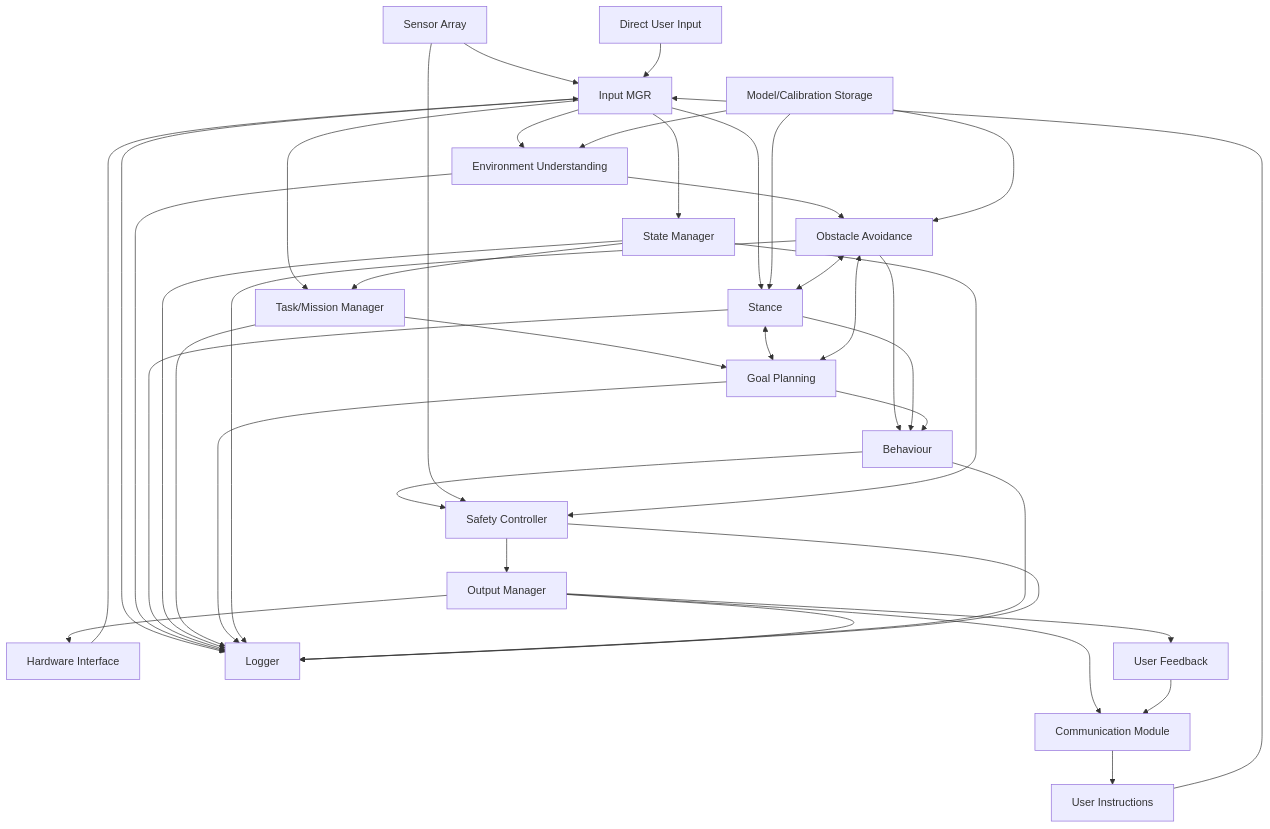
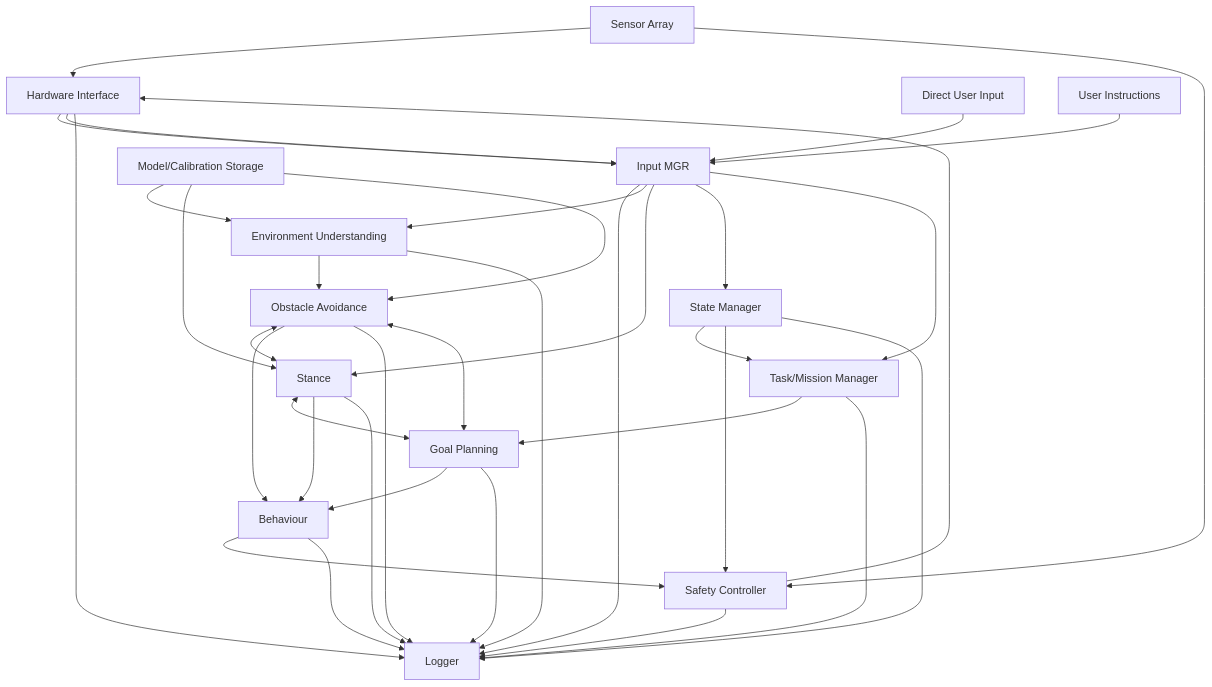
One commit to johnhalz/rover-embassy changed the diagram in docs/architecture.md. Above: the diagram before and after it, drawn with Mermaid. The commit also changed other lines of this file and 7 other files, not shown here.

First line of the commit message:
Refactor system architecture and module interactions

````diff
--- a/docs/architecture.md
+++ b/docs/architecture.md
@@ -9,43 +9,39 @@
 ```mermaid
 graph TD
 
-    SA[Sensor Array] --> IM[Input MGR]
+    SA[Sensor Array] --> HI[Hardware Interface]
+    HI --> IM[Input MGR]
     DUI[Direct User Input] --> IM
     UI[User Instructions] --> IM
-    HI[Hardware Interface] --> IM
+    HI --> IM
     IM --> L[Logger]
     IM --> EU[Environment Understanding]
     IM --> S[Stance]
     IM --> SM[State Manager]
     IM --> TMM[Task/Mission Manager]
     SM --> TMM
     TMM --> GP[Goal Planning]
     EU --> OA[Obstacle Avoidance]
     MCS[Model/Calibration Storage] --> EU
     MCS --> S
     MCS --> OA
     OA <--> S
     S <--> GP
     GP <--> OA
     OA --> B[Behaviour]
     S --> B
     GP --> B
     B --> SC[Safety Controller]
     SA --> SC
     SM --> SC
-    SC --> OM[Output Manager]
-    OM --> UF[User Feedback]
-    OM --> HI
-    OM --> CM[Communication Module]
-    CM --> UI
-    UF --> CM
+    SC --> HI
+    SC --> L
     EU --> L
     S --> L
     SM --> L
     TMM --> L
     GP --> L
     OA --> L
     B --> L
-    SC --> L
-    OM --> L
+    HI --> L
 ```
````
